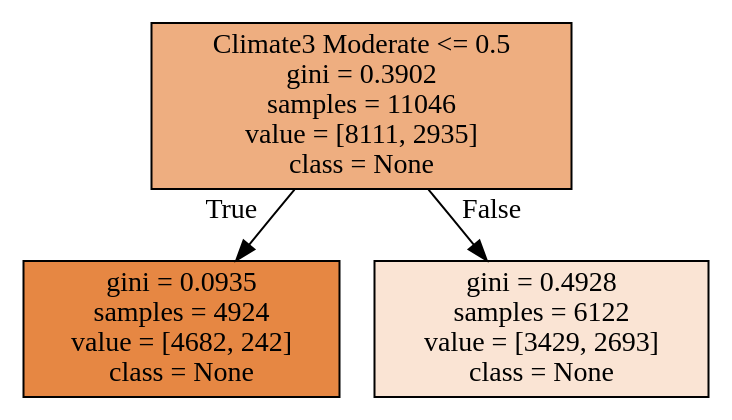
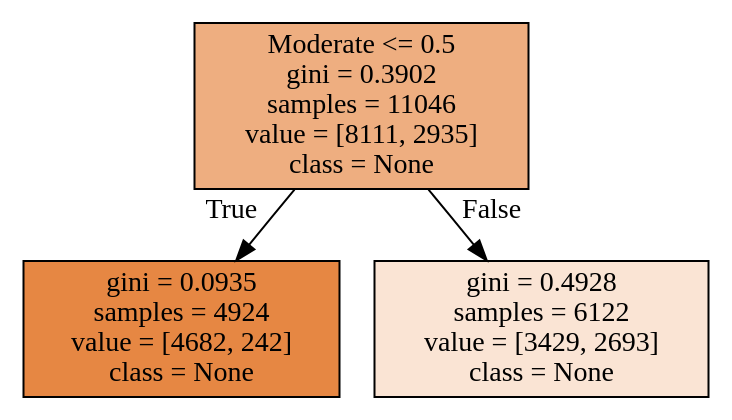
The diagram in degradation_modes/output/Cause Internal circuitry discoloration.dot (hackingmaterials/duramat), drawn with Graphviz before and after one commit. The commit also changed 22 other files, not shown here.

```diff
--- a/degradation_modes/output/Cause Internal circuitry discoloration.dot
+++ b/degradation_modes/output/Cause Internal circuitry discoloration.dot
@@ -1,8 +1,8 @@
 digraph Tree {
 node [shape=box, style="filled", color="black"] ;
-0 [label="Climate3 Moderate <= 0.5\ngini = 0.3902\nsamples = 11046\nvalue = [8111, 2935]\nclass = None", fillcolor="#e58139a3"] ;
+0 [label="Moderate <= 0.5\ngini = 0.3902\nsamples = 11046\nvalue = [8111, 2935]\nclass = None", fillcolor="#e58139a3"] ;
 1 [label="gini = 0.0935\nsamples = 4924\nvalue = [4682, 242]\nclass = None", fillcolor="#e58139f2"] ;
 0 -> 1 [labeldistance=2.5, labelangle=45, headlabel="True"] ;
 2 [label="gini = 0.4928\nsamples = 6122\nvalue = [3429, 2693]\nclass = None", fillcolor="#e5813937"] ;
 0 -> 2 [labeldistance=2.5, labelangle=-45, headlabel="False"] ;
 }
```
